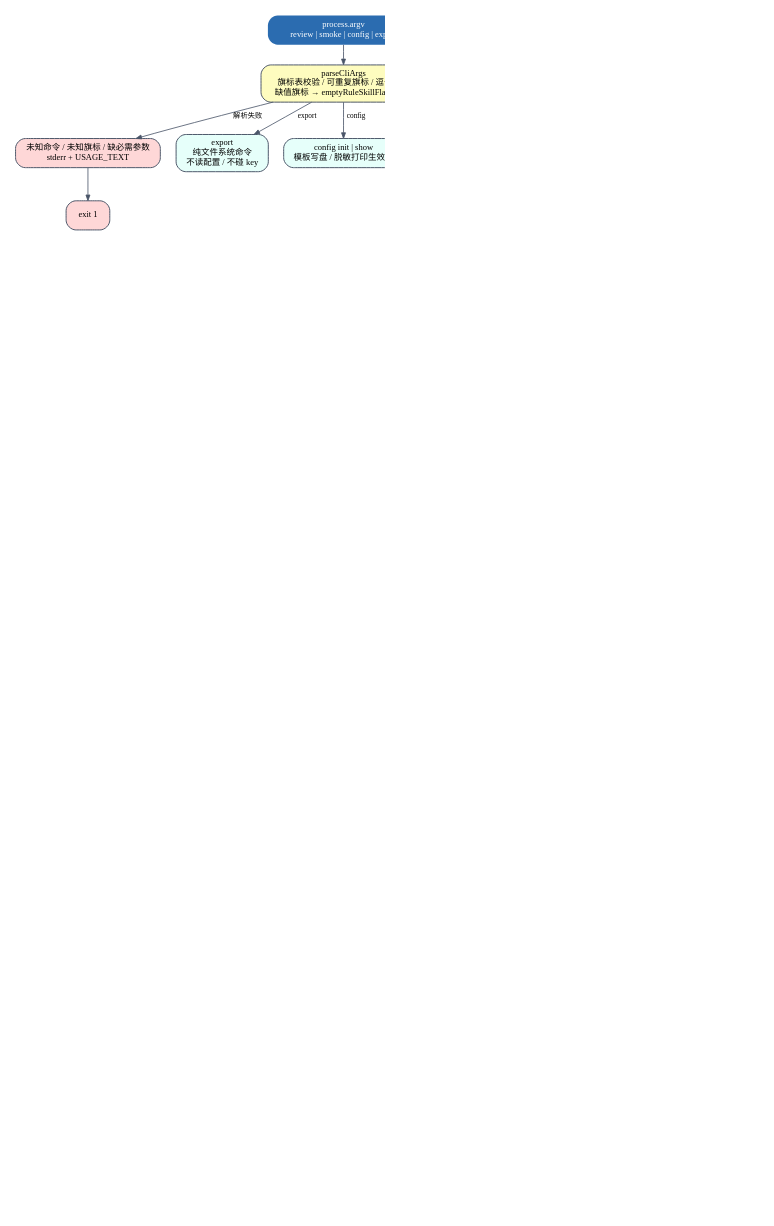
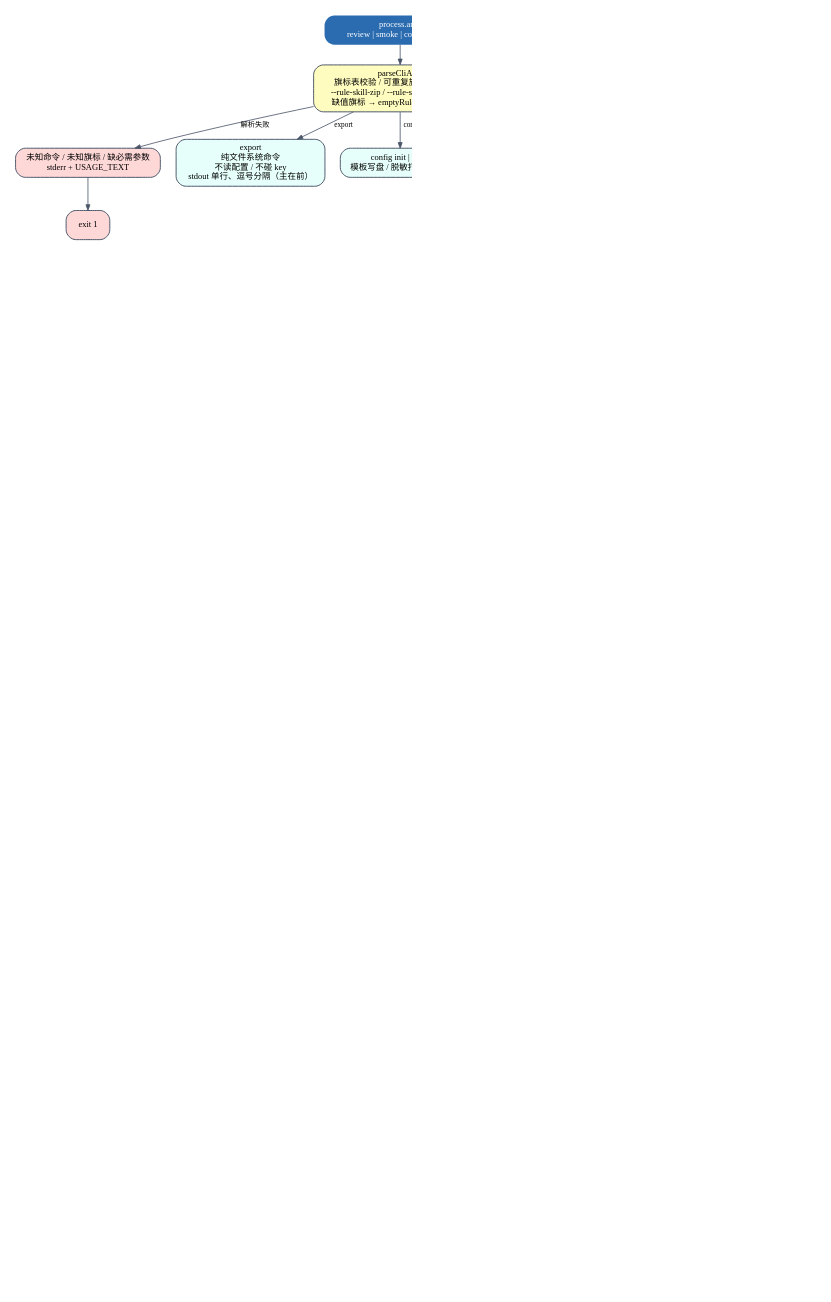
Before and after one commit to ffanwei/ReviewAgent-pi: the diagram in docs/png/review-cli-entry.dot, drawn with Graphviz. The commit also changed 15 other files, not shown here.

First line of the commit message:
docs: refresh flow diagrams and reporting docs

```diff
--- a/docs/png/review-cli-entry.dot
+++ b/docs/png/review-cli-entry.dot
@@ -1,55 +1,56 @@
 digraph review_cli_entry {
   graph [charset="UTF-8", rankdir=TB, bgcolor="white", fontname="Microsoft YaHei", fontsize=12,
          nodesep=0.26, ranksep=0.34, pad=0.25, dpi=150];
   node  [shape=box, style="rounded,filled", fontname="Microsoft YaHei", fontsize=10.5,
          color="#4A5568", fillcolor="#F7FAFC", penwidth=1.2, margin="0.15,0.07"];
   edge  [fontname="Microsoft YaHei", fontsize=9, color="#4A5568", arrowsize=0.7];
 
   argv [label="process.argv\nreview | smoke | config | export", fillcolor="#2B6CB0", fontcolor="white", penwidth=0];
-  parse [label="parseCliArgs\n旗标表校验 / 可重复旗标 / 逗号列表\n缺值旗标 → emptyRuleSkillFlags 提示", fillcolor="#FEFCBF"];
+  parse [label="parseCliArgs\n旗标表校验 / 可重复旗标 / 逗号列表\n--rule-skill-zip / --rule-skill / --skill 同类\n缺值旗标 → emptyRuleSkillFlags 提示", fillcolor="#FEFCBF"];
   bad  [label="未知命令 / 未知旗标 / 缺必需参数\nstderr + USAGE_TEXT", fillcolor="#FED7D7"];
   exit1 [label="exit 1", fillcolor="#FED7D7"];
 
-  exp [label="export\n纯文件系统命令\n不读配置 / 不碰 key", fillcolor="#E6FFFA"];
+  exp [label="export\n纯文件系统命令\n不读配置 / 不碰 key\nstdout 单行、逗号分隔（主在前）", fillcolor="#E6FFFA"];
   cfg [label="config init | show\n模板写盘 / 脱敏打印生效值", fillcolor="#E6FFFA"];
   smoke [label="smoke\nprobeHealthMs 15s + probeModelMs 120s\n诊断结论：通过 0 / 任一失败 1", fillcolor="#E6FFFA"];
 
   load [label="loadConfig（唯一落点，只读一次）\nJSONC 解析 / 未知键只告警\n钉死键忽略 / 合法域校验\n缺省路径缺席 = 合法（全缺省直跑）"];
   warn [label="warnings → stderr\n未找到配置文件 → 提示 config init\n.env.local 残留 → 提示"];
   endpoint [label="resolveReviewerEndpoint\nreviewer.apiKey 缺失 → 抛错\nbaseUrl 缺省官方网关"];
   model [label="modelIdForGateway\n--model | model.default\nstripModelPrefix 可选"];
   repo [label="--repo 必须存在且是目录\n--mr-diff 读文件 | --mr-json 转 unified diff"];
   tasks [label="resolveTasksRoot + taskDirPath\n--tasks-dir | ~/.PiAgent/tasks\n<taskId>/{runs,audit,.cache}"];
   runlog [label="openRunLog → runs/review-pi.log\nstderr 镜像 + 未捕获异常堆栈\n打开失败只警告"];
-  echo [label="formatReviewArgs → stderr\n生效值 + 来源（flag / config / default）\n不含秘密"];
+  echo [label="formatReviewArgs → stderr\n生效值 + 来源（flag / config / default）\n--rule-skill-zip / --rule-skill / --skill 各一行\n不含秘密", fillcolor="#F7FAFC"];
 
   mcpcfg [label="resolveReportConfig\nmcp.report 缺席 → null\nserver 必须引用已配置的 mcp.servers", fillcolor="#FAF5FF"];
   mcpconn [label="createMcpReporter\nhandshake auto（initialize 失败降级无状态）\nrequired（失败即不可用）/ off（从不握手）\n连接失败 → 一行 stderr，继续检视", fillcolor="#FAF5FF"];
   taskon [label="taskToolsOn = reporter && report.task\ntask 缺省 true", fillcolor="#FEFCBF"];
   start [label="startTask(taskId)\n失败 → stderr，继续检视", fillcolor="#FAF5FF"];
   reportrt [label="报告运行时\nmodel.presentation 优先，否则检视模型\noneShotMs（缺省 300s）\nretry = limits.retry.oneShotAttempts 3", fillcolor="#FAF5FF"];
 
   run [label="runReview(...)\n见子图 2 / 3", fillcolor="#BEE3F8"];
-  summaryline [label="收尾摘要行（stderr，恒定打印）\n耗时 / token 三段 / 模型调用数\n工具调用（主 + skill + bash）\nLedger 命中 / 成本"];
+  summaryline [label="收尾摘要行 doneLine（stderr，恒定打印）\n耗时 / token 三段 / 模型调用数\n工具调用（主 + skill + bash）\nLedger 命中 / 成本"];
   parsefail [label="reportPhaseParseFailures\n仅 phaseLog 有 parseFailure 时输出\n成功 run 零输出"];
-  post [label="后处理链\n统一 tips / 总结 / endTask\n见子图 4", fillcolor="#BEE3F8"];
+  post [label="后处理链\n统一 tips / 总结 / session 索引\n见子图 4", fillcolor="#BEE3F8"];
   out [label="renderReviewOutcome → stdout\n单 JSON 文档；诊断全走 stderr", fillcolor="#C6F6D5"];
+  ledger [label="[finally] 收尾账本（仅 stderr）\n[time] 阶段耗时 + 审计/嵌套明细\n[usage] 整任务用量（成本按模型分桶）", fillcolor="#FEFCBF"];
   exit0 [label="exitGracefully(0)\nexitCode + 事件循环自然排干\n（避免 Windows 句柄清理竞态）", fillcolor="#2B6CB0", fontcolor="white", penwidth=0];
   exit1b [label="reportErrorAndExit\nstderr 一行人话 + 堆栈进 run log\nexit 1", fillcolor="#FED7D7"];
 
   argv -> parse;
   parse -> bad [label=" 解析失败 "];
   bad -> exit1;
   parse -> exp [label=" export "];
   parse -> cfg [label=" config "];
   parse -> smoke [label=" smoke "];
   parse -> load [label=" review "];
   load -> warn -> endpoint -> model -> repo -> tasks -> runlog -> echo -> mcpcfg -> mcpconn -> taskon;
   taskon -> start [label=" true "];
   taskon -> reportrt [label=" false（只开事件 / 全关） "];
   start -> reportrt;
-  reportrt -> run -> summaryline -> parsefail -> post -> out -> exit0;
+  reportrt -> run -> summaryline -> parsefail -> post -> out -> ledger -> exit0;
   run -> exit1b [style=dashed, label=" 抛错 "];
   post -> exit1b [style=dashed, label=" 落盘失败（总结后） "];
   load -> exit1b [style=dashed, label=" ConfigError "];
 }
```
